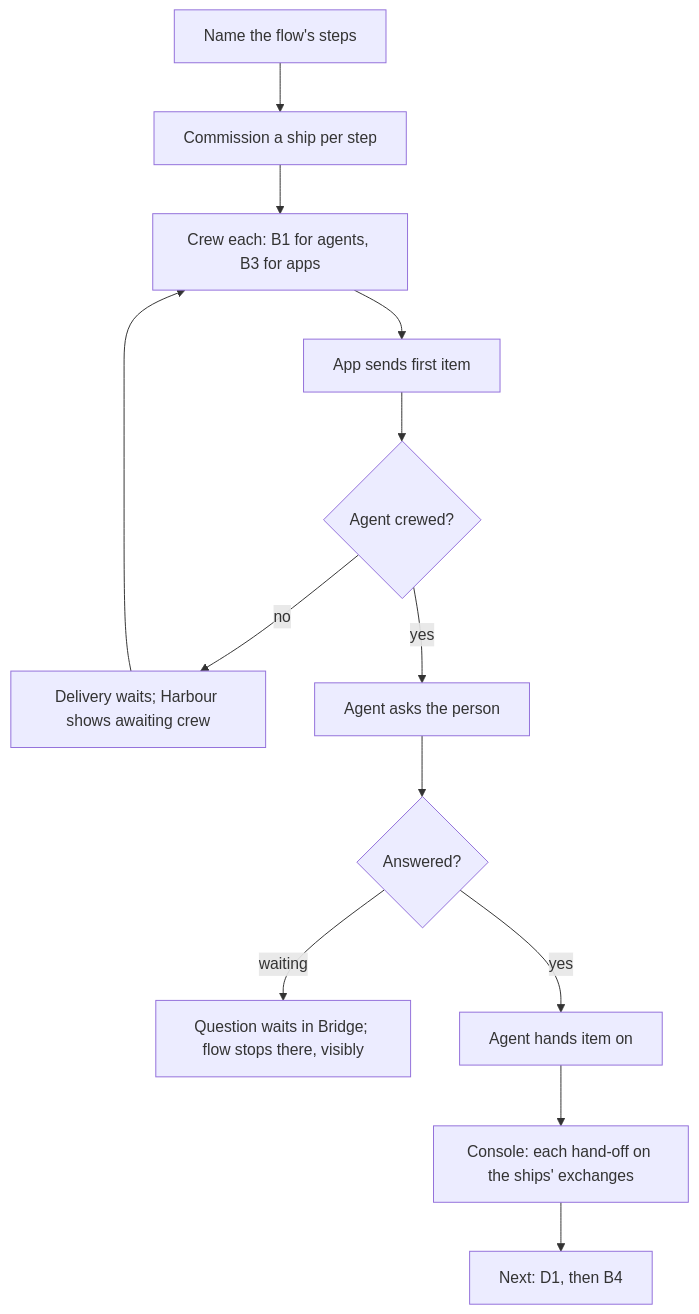
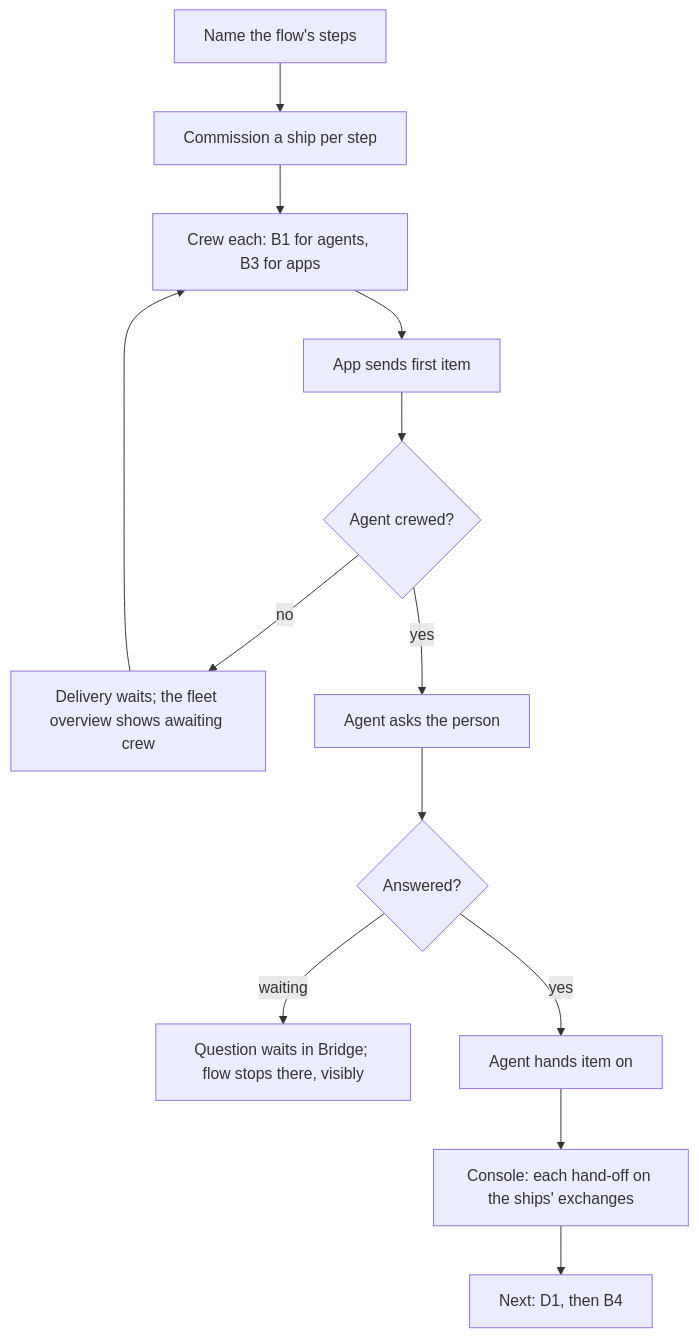
The eighth of 9 diagrams in docs/design/hosted-onboarding/README.md (ThomasHendrickx/aeolus-fleet), drawn with Mermaid before and after one commit. The commit also changed other lines of this file, not shown here.

````diff
--- a/docs/design/hosted-onboarding/README.md
+++ b/docs/design/hosted-onboarding/README.md
@@ -295,14 +309,14 @@
 ```mermaid
 flowchart TD
     a[Name the flow's steps] --> b[Commission a ship per step]
     b --> c[Crew each: B1 for agents, B3 for apps]
     c --> d[App sends first item]
     d --> e{Agent crewed?}
-    e -->|no| e1[Delivery waits; Harbour shows awaiting crew] --> c
+    e -->|no| e1[Delivery waits; the fleet overview shows awaiting crew] --> c
     e -->|yes| f[Agent asks the person]
     f --> g{Answered?}
     g -->|waiting| g1[Question waits in Bridge; flow stops there, visibly]
     g -->|yes| h[Agent hands item on]
     h --> i[Console: each hand-off on the ships' exchanges]
     i --> j[Next: D1, then B4]
 ```
````
